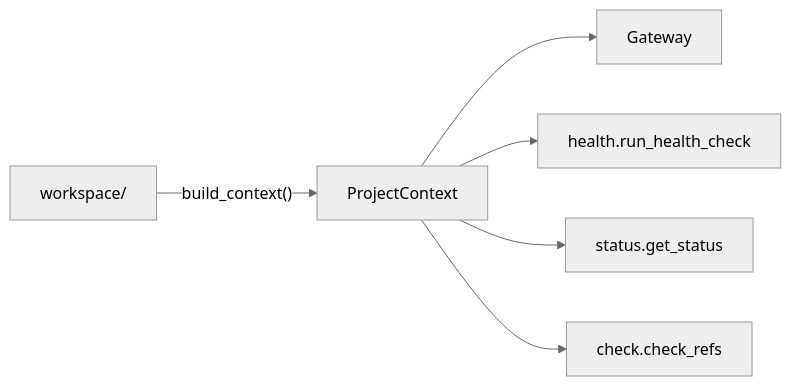
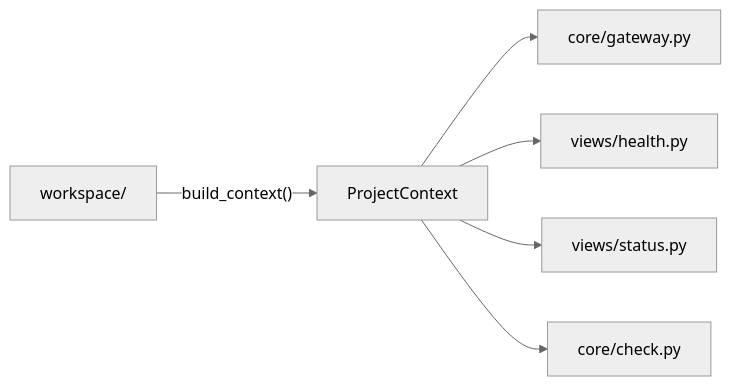
The fifth of 6 diagrams in ARCHITECTURE.md (cdowd010/episteme), drawn with Mermaid (neutral theme) before and after one commit. The commit also changed other lines of this file and 3 other files, not shown here.

Commit message:
Updated documentation to reflect the new architecture

````diff
--- a/ARCHITECTURE.md
+++ b/ARCHITECTURE.md
@@ -398,8 +455,8 @@
 ```mermaid
 graph LR
     workspace["workspace/"] --> |"build_context()"| ctx["ProjectContext"]
-    ctx --> GW["Gateway"]
-    ctx --> HC["health.run_health_check"]
-    ctx --> ST["status.get_status"]
-    ctx --> CH["check.check_refs"]
+    ctx --> GW["core/gateway.py"]
+    ctx --> HC["views/health.py"]
+    ctx --> ST["views/status.py"]
+    ctx --> CH["core/check.py"]
 ```
````
